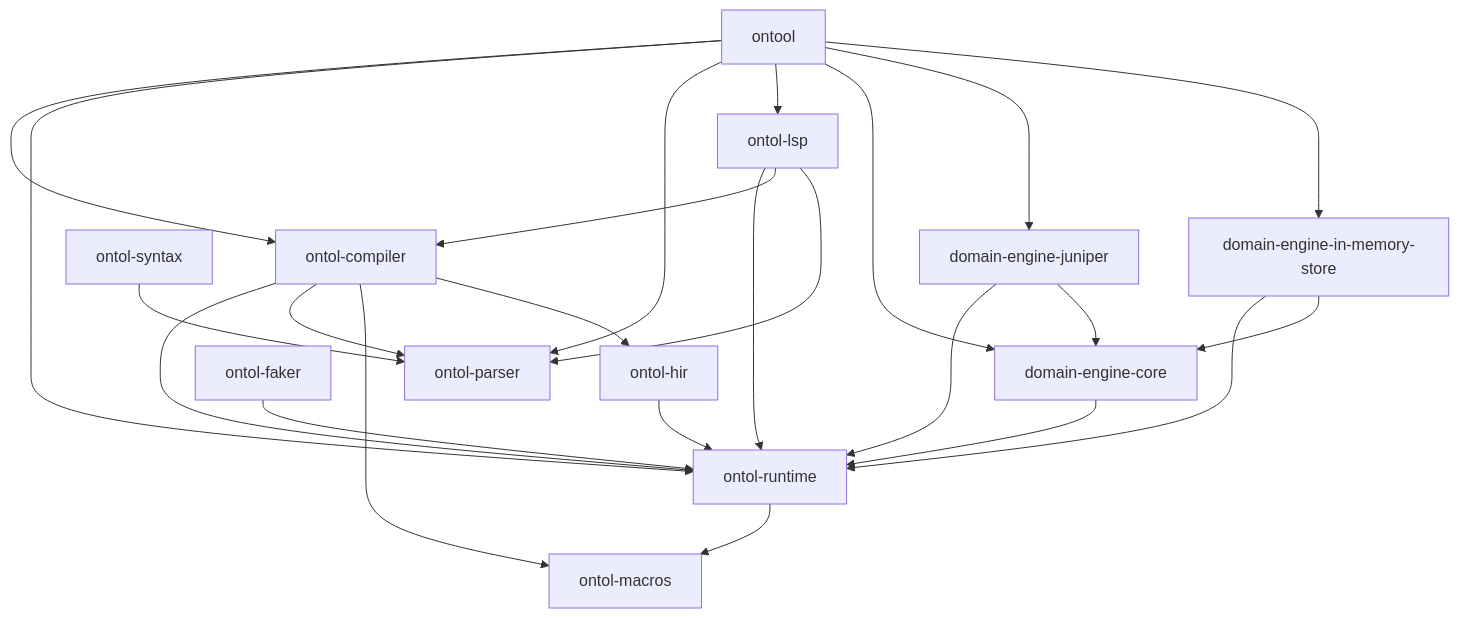
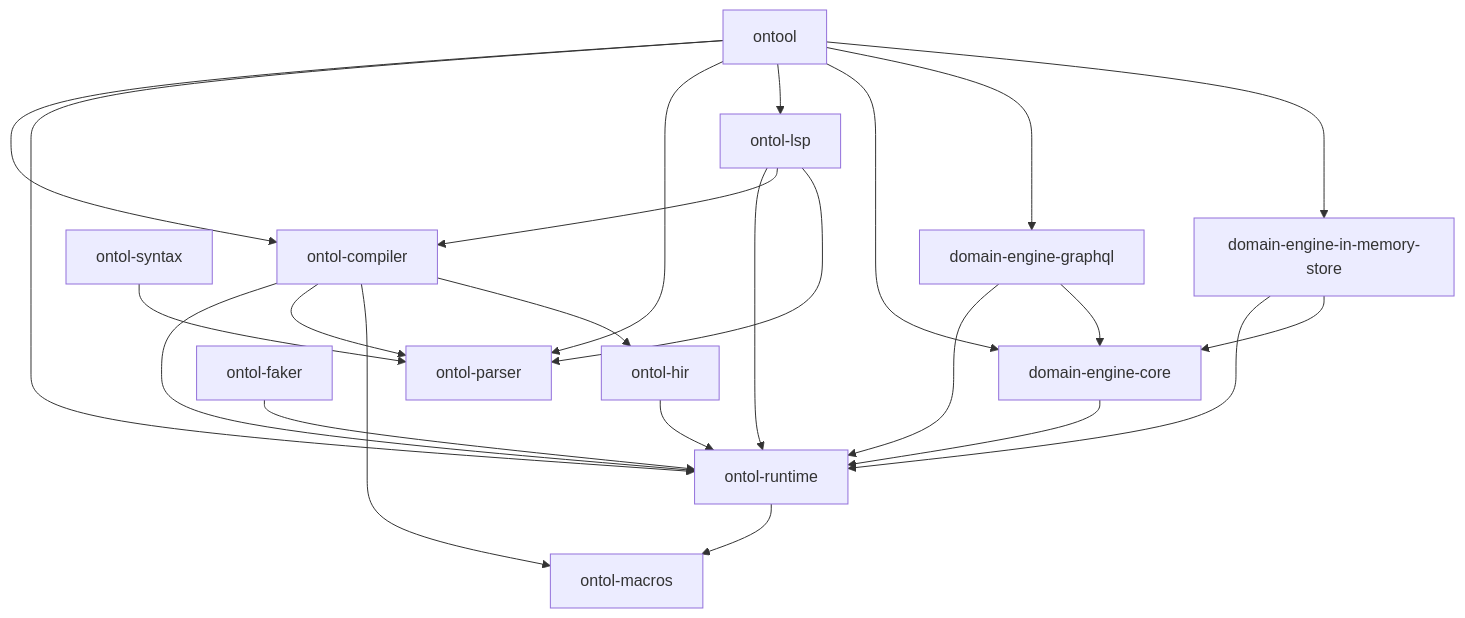
Before and after one commit to protojour/domain-engine: the diagram in README.md, drawn with Mermaid.

````diff
--- a/README.md
+++ b/README.md
@@ -39,35 +39,35 @@
 ```mermaid
 graph TD
    ontol-runtime-->ontol-macros
 
    ontol-compiler-->ontol-runtime
    ontol-compiler-->ontol-parser
    ontol-compiler-->ontol-macros
    ontol-compiler-->ontol-hir
 
    ontol-hir-->ontol-runtime
 
    ontol-syntax-->ontol-parser
 
    ontol-lsp-->ontol-runtime
    ontol-lsp-->ontol-compiler
    ontol-lsp-->ontol-parser
 
    ontol-faker-->ontol-runtime
 
    domain-engine-core-->ontol-runtime
 
-   domain-engine-juniper-->ontol-runtime
-   domain-engine-juniper-->domain-engine-core
+   domain-engine-graphql-->ontol-runtime
+   domain-engine-graphql-->domain-engine-core
 
    domain-engine-in-memory-store-->ontol-runtime
    domain-engine-in-memory-store-->domain-engine-core
 
    ontool-->ontol-compiler
    ontool-->ontol-runtime
    ontool-->ontol-parser
    ontool-->ontol-lsp
    ontool-->domain-engine-core
-   ontool-->domain-engine-juniper
+   ontool-->domain-engine-graphql
    ontool-->domain-engine-in-memory-store
 ```
````
